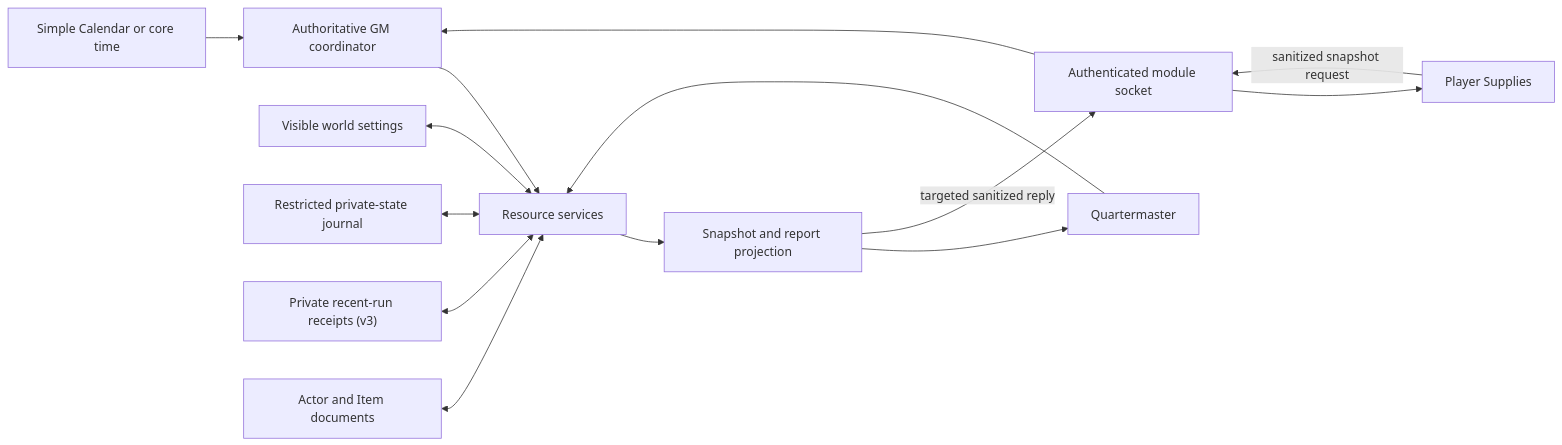
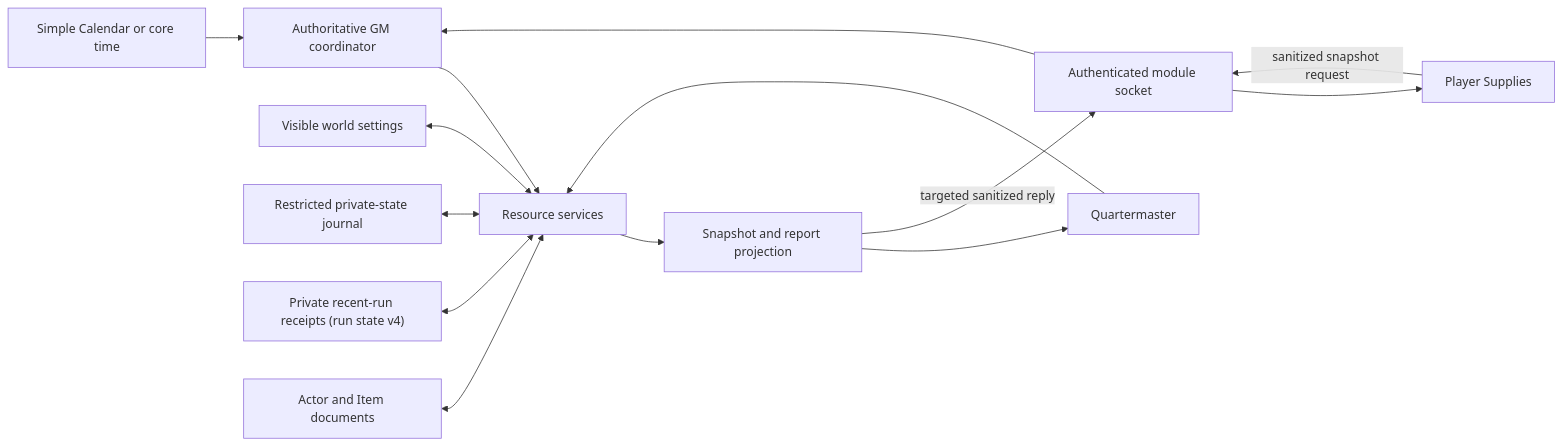
One commit to Heliosiv/Infinity-D-D5e changed the diagram in docs/RESOURCE_SYSTEM.md. Above: the diagram before and after it, drawn with Mermaid. The commit also changed other lines of this file and 43 other files, not shown here.

````diff
--- a/docs/RESOURCE_SYSTEM.md
+++ b/docs/RESOURCE_SYSTEM.md
@@ -295,16 +305,16 @@
 ```mermaid
 flowchart LR
   Clock["Simple Calendar or core time"] --> Coordinator["Authoritative GM coordinator"]
   GMUI["Quartermaster"] --> Services["Resource services"]
   PlayerUI["Player Supplies"] -->|"sanitized snapshot request"| Socket["Authenticated module socket"]
   Socket --> Coordinator
   Coordinator --> Services
   Settings["Visible world settings"] <--> Services
   Private["Restricted private-state journal"] <--> Services
-  RunStore["Private recent-run receipts (v3)"] <--> Services
+  RunStore["Private recent-run receipts (run state v4)"] <--> Services
   Actors["Actor and Item documents"] <--> Services
   Services --> Projection["Snapshot and report projection"]
   Projection --> GMUI
   Projection -->|"targeted sanitized reply"| Socket
   Socket --> PlayerUI
 ```
````
